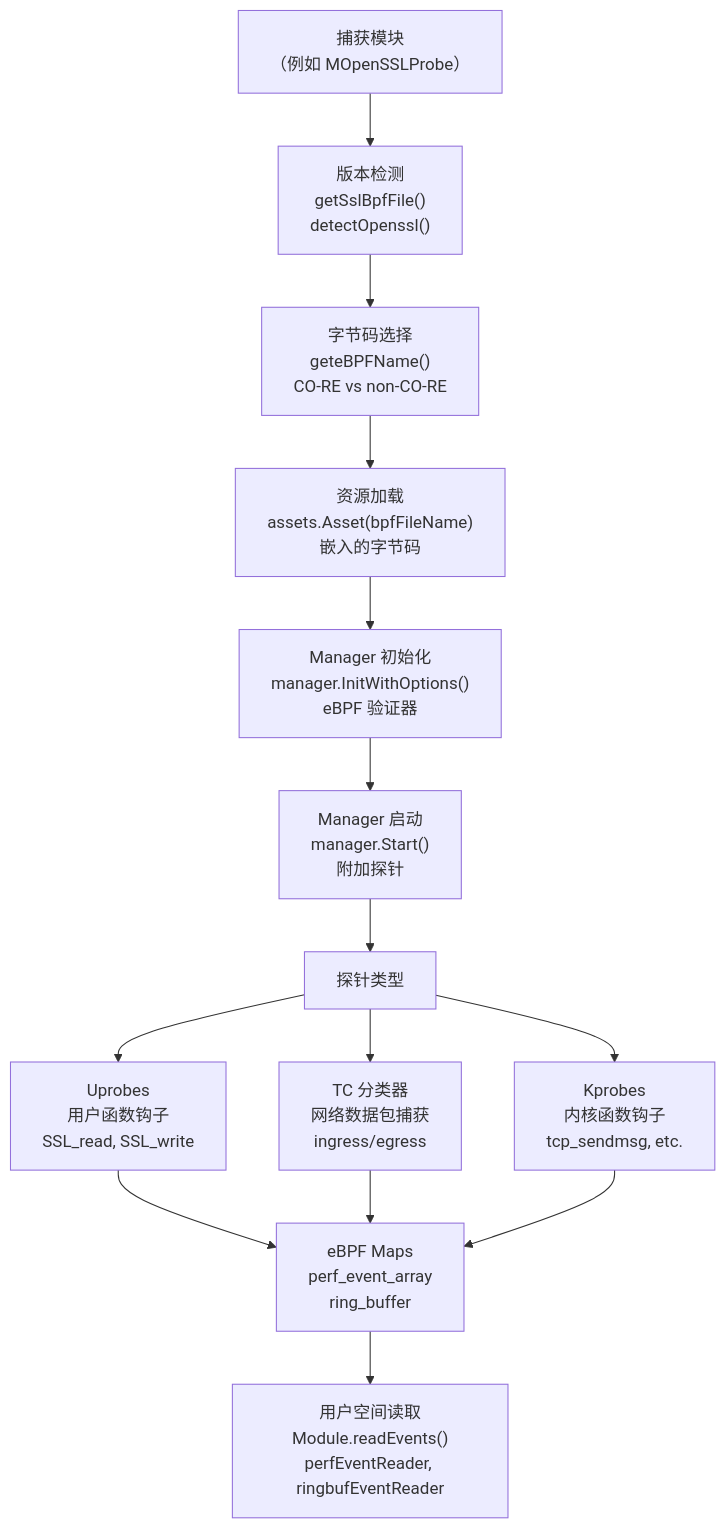
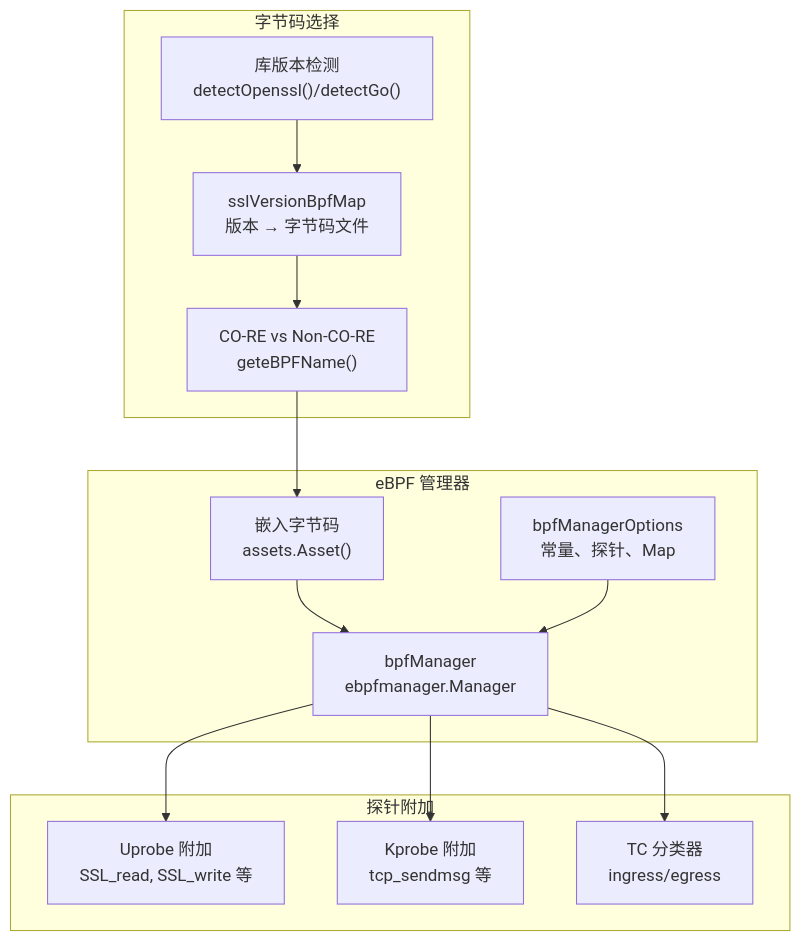
Before and after one commit to gojue/ecapture.cc: the fifth of 7 diagrams in src/zh/2-architecture/index.md, drawn with Mermaid. The commit also changed other lines of this file and 115 other files, not shown here.

````diff
--- a/src/zh/2-architecture/index.md
+++ b/src/zh/2-architecture/index.md
@@ -458,24 +266,30 @@
 ```mermaid
 graph TB
-    Module["捕获模块<br/>（例如 MOpenSSLProbe）"] --> VersionDetection["版本检测<br/>getSslBpfFile()<br/>detectOpenssl()"]
+    subgraph "字节码选择"
+        VersionDetect["库版本检测<br/>detectOpenssl()/detectGo()"]
+        BytecodeMap["sslVersionBpfMap<br/>版本 → 字节码文件"]
+        CoreNonCore["CO-RE vs Non-CO-RE<br/>geteBPFName()"]
+    end
     
-    VersionDetection --> BytecodeSelection["字节码选择<br/>geteBPFName()<br/>CO-RE vs non-CO-RE"]
+    subgraph "eBPF 管理器"
+        Assets["嵌入字节码<br/>assets.Asset()"]
+        BPFMgr["bpfManager<br/>ebpfmanager.Manager"]
+        BPFOpts["bpfManagerOptions<br/>常量、探针、Map"]
+    end
     
-    BytecodeSelection --> AssetLoad["资源加载<br/>assets.Asset(bpfFileName)<br/>嵌入的字节码"]
+    subgraph "探针附加"
+        Uprobe["Uprobe 附加<br/>SSL_read, SSL_write 等"]
+        Kprobe["Kprobe 附加<br/>tcp_sendmsg 等"]
+        TC["TC 分类器<br/>ingress/egress"]
+    end
     
-    AssetLoad --> ManagerInit["Manager 初始化<br/>manager.InitWithOptions()<br/>eBPF 验证器"]
+    VersionDetect --> BytecodeMap
+    BytecodeMap --> CoreNonCore
+    CoreNonCore --> Assets
+    Assets --> BPFMgr
+    BPFOpts --> BPFMgr
     
-    ManagerInit --> ManagerStart["Manager 启动<br/>manager.Start()<br/>附加探针"]
-    
-    ManagerStart --> ProbeTypes["探针类型"]
-    
-    ProbeTypes --> Uprobes["Uprobes<br/>用户函数钩子<br/>SSL_read, SSL_write"]
-    ProbeTypes --> TC["TC 分类器<br/>网络数据包捕获<br/>ingress/egress"]
-    ProbeTypes --> Kprobes["Kprobes<br/>内核函数钩子<br/>tcp_sendmsg, etc."]
-    
-    Uprobes --> eBPFMaps["eBPF Maps<br/>perf_event_array<br/>ring_buffer"]
-    TC --> eBPFMaps
-    Kprobes --> eBPFMaps
-    
-    eBPFMaps --> UserSpaceRead["用户空间读取<br/>Module.readEvents()<br/>perfEventReader, ringbufEventReader"]
+    BPFMgr --> Uprobe
+    BPFMgr --> Kprobe
+    BPFMgr --> TC
 ```
````
